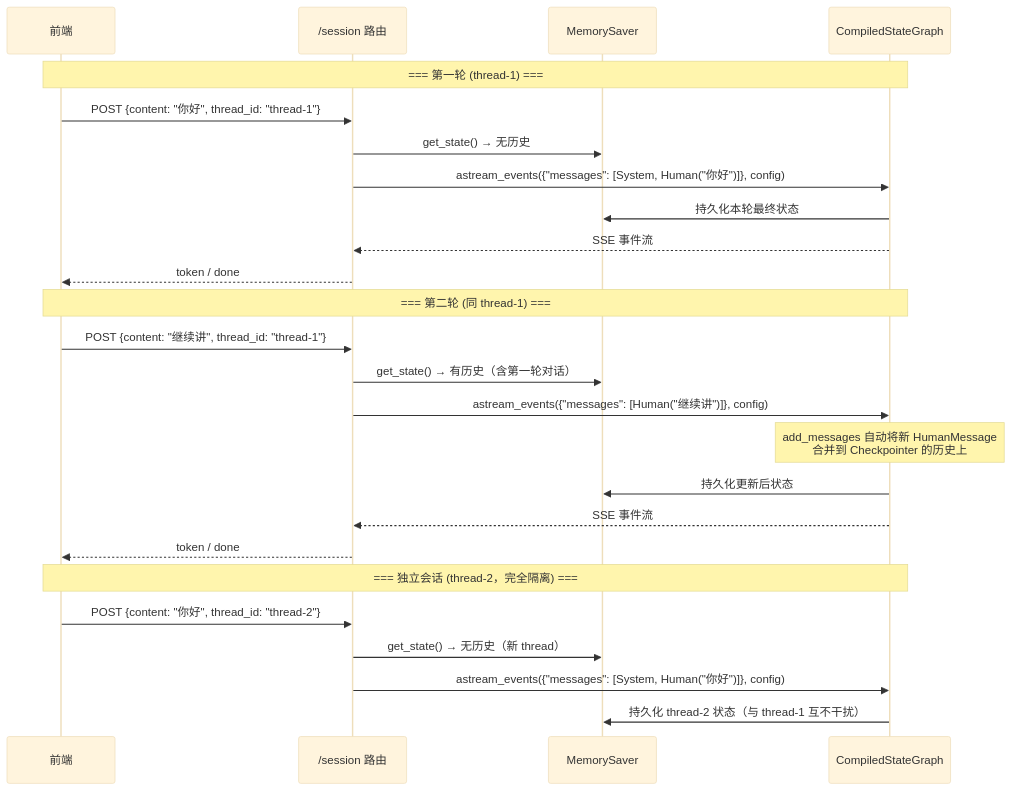
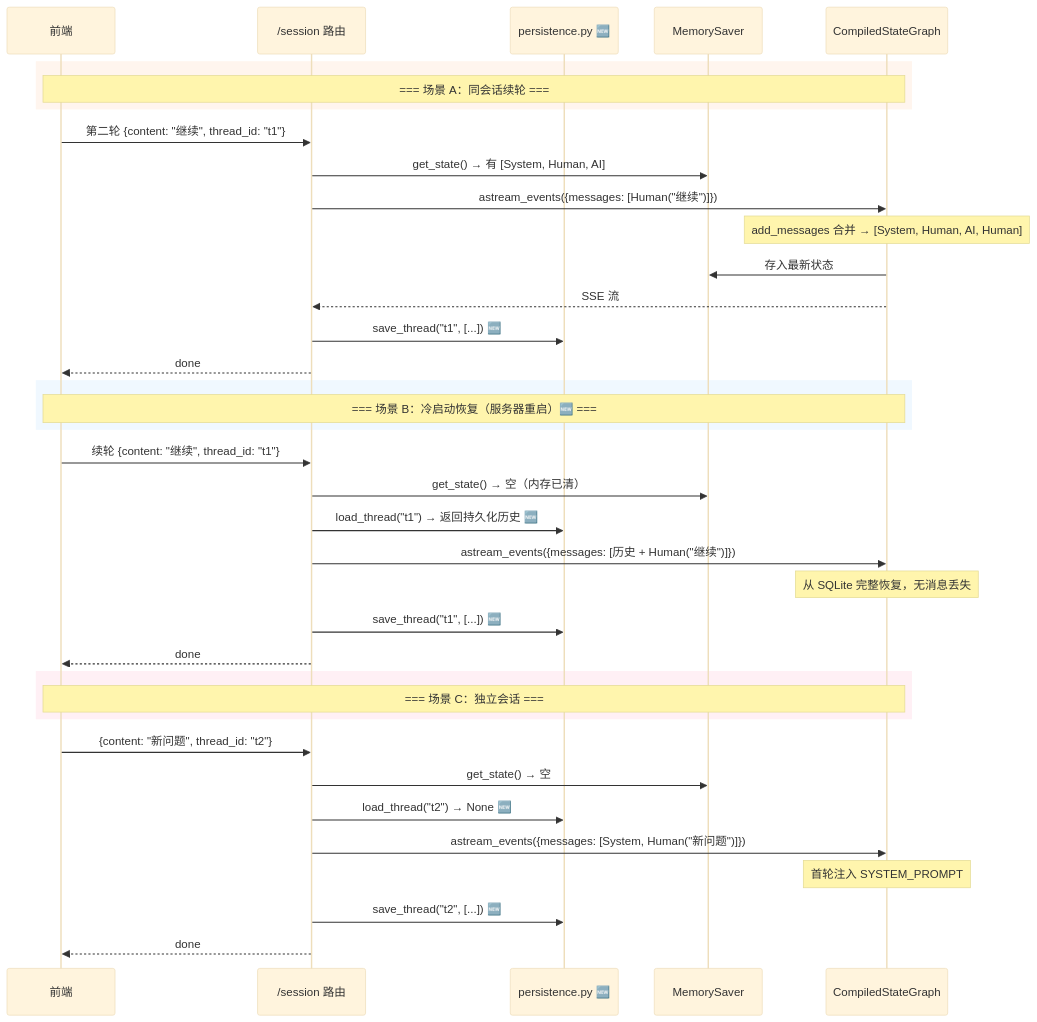
The fourth of 9 diagrams in docs/agent-architecture-diagrams.md (wuLa0702/llm_wiki_selfbuild), drawn with Mermaid (base theme) before and after one commit. The commit also changed other lines of this file, not shown here.

First line of the commit message:
docs(agent): 更新架构图——MemorySaver+SQLite 混合方案 + 最新节点标注

````diff
--- a/docs/agent-architecture-diagrams.md
+++ b/docs/agent-architecture-diagrams.md
@@ -84,30 +162,42 @@
 ```mermaid
 sequenceDiagram
     participant Client as 前端
     participant Route as /session 路由
-    participant Checkpointer as MemorySaver
+    participant Persist as persistence.py 🆕
+    participant Mem as MemorySaver
     participant Graph as CompiledStateGraph
 
-    Note over Client,Graph: === 第一轮 (thread-1) ===
-    Client->>Route: POST {content: "你好", thread_id: "thread-1"}
-    Route->>Checkpointer: get_state() → 无历史
-    Route->>Graph: astream_events({"messages": [System, Human("你好")]}, config)
-    Graph->>Checkpointer: 持久化本轮最终状态
-    Graph-->>Route: SSE 事件流
-    Route-->>Client: token / done
+    rect rgb(255, 245, 238)
+        Note over Client,Graph: === 场景 A：同会话续轮 ===
+    end
+    Client->>Route: 第二轮 {content: "继续", thread_id: "t1"}
+    Route->>Mem: get_state() → 有 [System, Human, AI]
+    Route->>Graph: astream_events({messages: [Human("继续")]})
+    Note over Graph: add_messages 合并 → [System, Human, AI, Human]
+    Graph->>Mem: 存入最新状态
+    Graph-->>Route: SSE 流
+    Route->>Persist: save_thread("t1", [...]) 🆕
+    Route-->>Client: done
 
-    Note over Client,Graph: === 第二轮 (同 thread-1) ===
-    Client->>Route: POST {content: "继续讲", thread_id: "thread-1"}
-    Route->>Checkpointer: get_state() → 有历史（含第一轮对话）
-    Route->>Graph: astream_events({"messages": [Human("继续讲")]}, config)
-    Note over Graph: add_messages 自动将新 HumanMessage<br/>合并到 Checkpointer 的历史上
-    Graph->>Checkpointer: 持久化更新后状态
-    Graph-->>Route: SSE 事件流
-    Route-->>Client: token / done
+    rect rgb(240, 248, 255)
+        Note over Client,Graph: === 场景 B：冷启动恢复（服务器重启）🆕 ===
+    end
+    Client->>Route: 续轮 {content: "继续", thread_id: "t1"}
+    Route->>Mem: get_state() → 空（内存已清）
+    Route->>Persist: load_thread("t1") → 返回持久化历史 🆕
+    Route->>Graph: astream_events({messages: [历史 + Human("继续")]})
+    Note over Graph: 从 SQLite 完整恢复，无消息丢失
+    Route->>Persist: save_thread("t1", [...]) 🆕
+    Route-->>Client: done
 
-    Note over Client,Graph: === 独立会话 (thread-2，完全隔离) ===
-    Client->>Route: POST {content: "你好", thread_id: "thread-2"}
-    Route->>Checkpointer: get_state() → 无历史（新 thread）
-    Route->>Graph: astream_events({"messages": [System, Human("你好")]}, config)
-    Graph->>Checkpointer: 持久化 thread-2 状态（与 thread-1 互不干扰）
+    rect rgb(255, 240, 245)
+        Note over Client,Graph: === 场景 C：独立会话 ===
+    end
+    Client->>Route: {content: "新问题", thread_id: "t2"}
+    Route->>Mem: get_state() → 空
+    Route->>Persist: load_thread("t2") → None 🆕
+    Route->>Graph: astream_events({messages: [System, Human("新问题")]})
+    Note over Graph: 首轮注入 SYSTEM_PROMPT
+    Route->>Persist: save_thread("t2", [...]) 🆕
+    Route-->>Client: done
 ```
````
